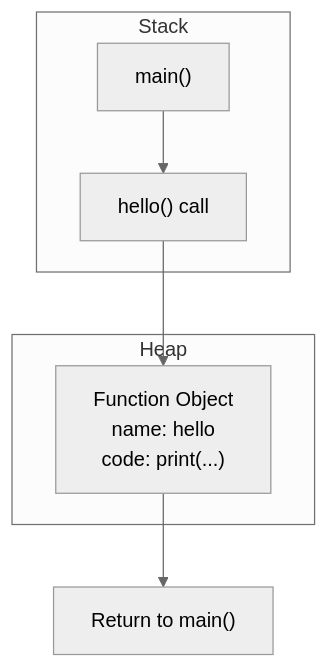
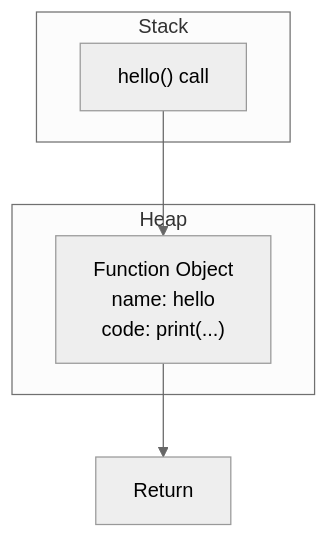
The third of 9 diagrams in DEF.md (BasharAlwarad/Software_Engineering_course), drawn with Mermaid (neutral theme) before and after one commit. The commit also changed other lines of this file and 1 other file, not shown here.

````diff
--- a/DEF.md
+++ b/DEF.md
@@ -92,15 +92,13 @@
 ```mermaid
 graph TD
     subgraph Stack
-        M["main()"]
         H["hello() call"]
     end
 
     subgraph Heap
         F["Function Object<br/>name: hello<br/>code: print(...)"]
     end
 
-    M --> H
     H --> F
-    F --> R["Return to main()"]
+    F --> R["Return"]
 ```
````
